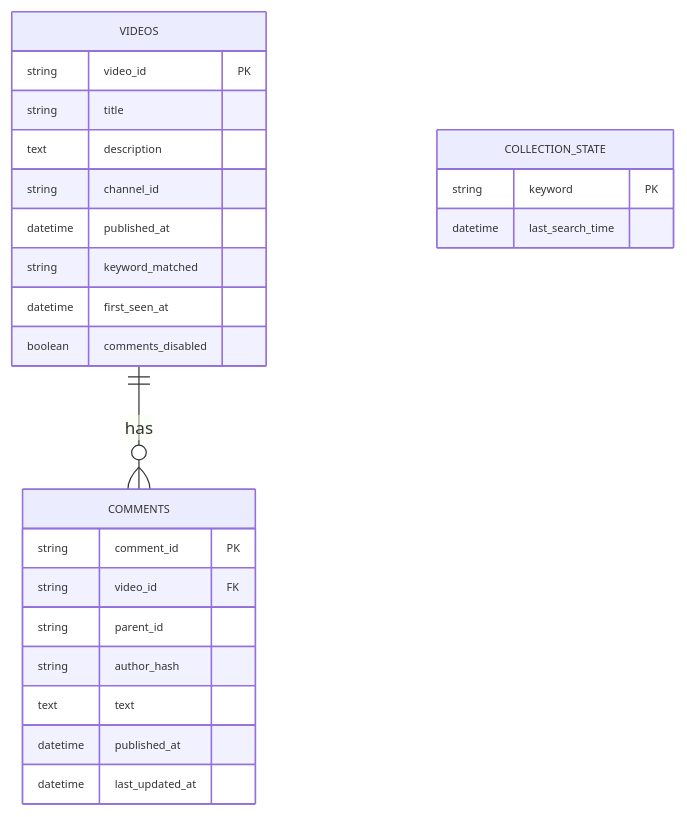
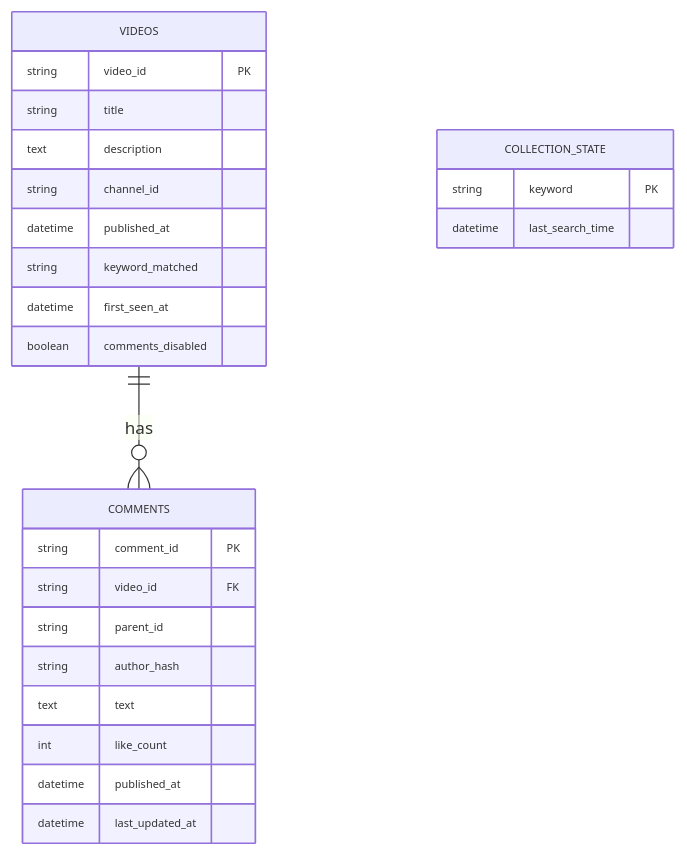
One commit to sibi-seeni/CAP5771_si.seenivasan changed the diagram in README.md. Above: the diagram before and after it, drawn with Mermaid.

Commit message:
Add like_count field to video metadata

````diff
--- a/README.md
+++ b/README.md
@@ -75,35 +75,36 @@
 ```mermaid
 %%{init: {
   "themeVariables": {
     "fontSize": "9px"
   }
 }}%%
 erDiagram
     VIDEOS {
         string video_id PK
         string title
         text description
         string channel_id
         datetime published_at
         string keyword_matched
         datetime first_seen_at
         boolean comments_disabled
     }
 
     COMMENTS {
         string comment_id PK
         string video_id FK
         string parent_id
         string author_hash
         text text
+        int like_count
         datetime published_at
         datetime last_updated_at
     }
 
     COLLECTION_STATE {
         string keyword PK
         datetime last_search_time
     }
 
     VIDEOS ||--o{ COMMENTS : has
 ```
````
